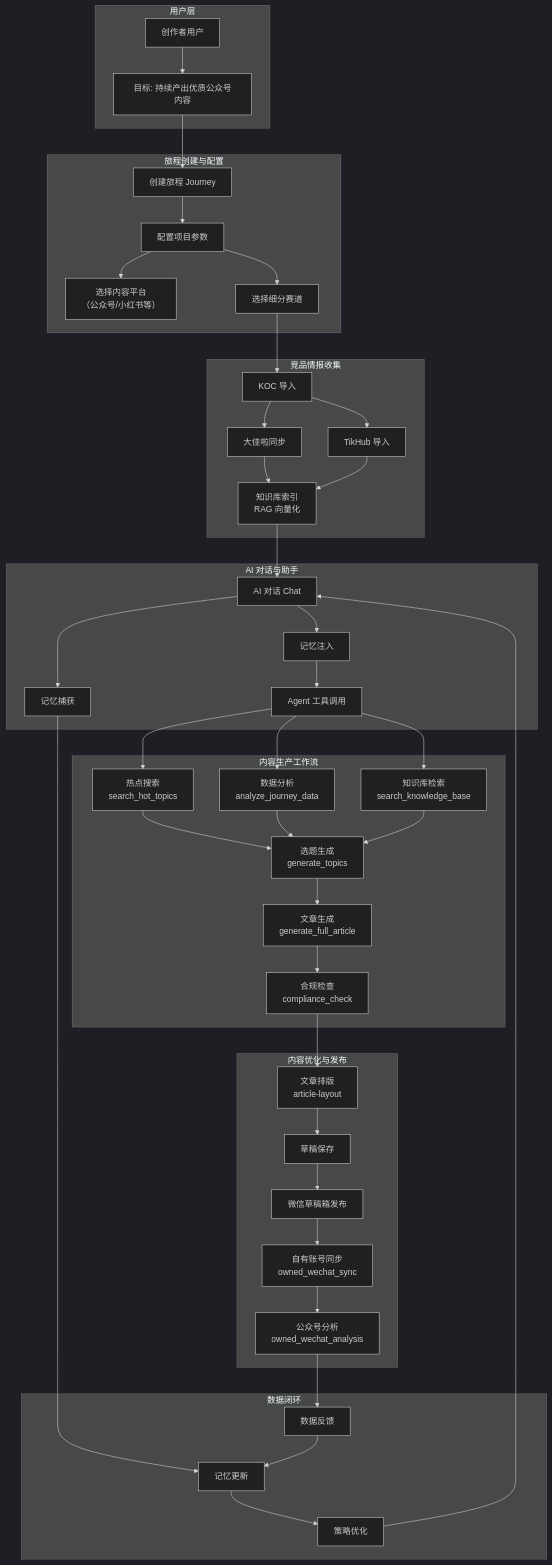
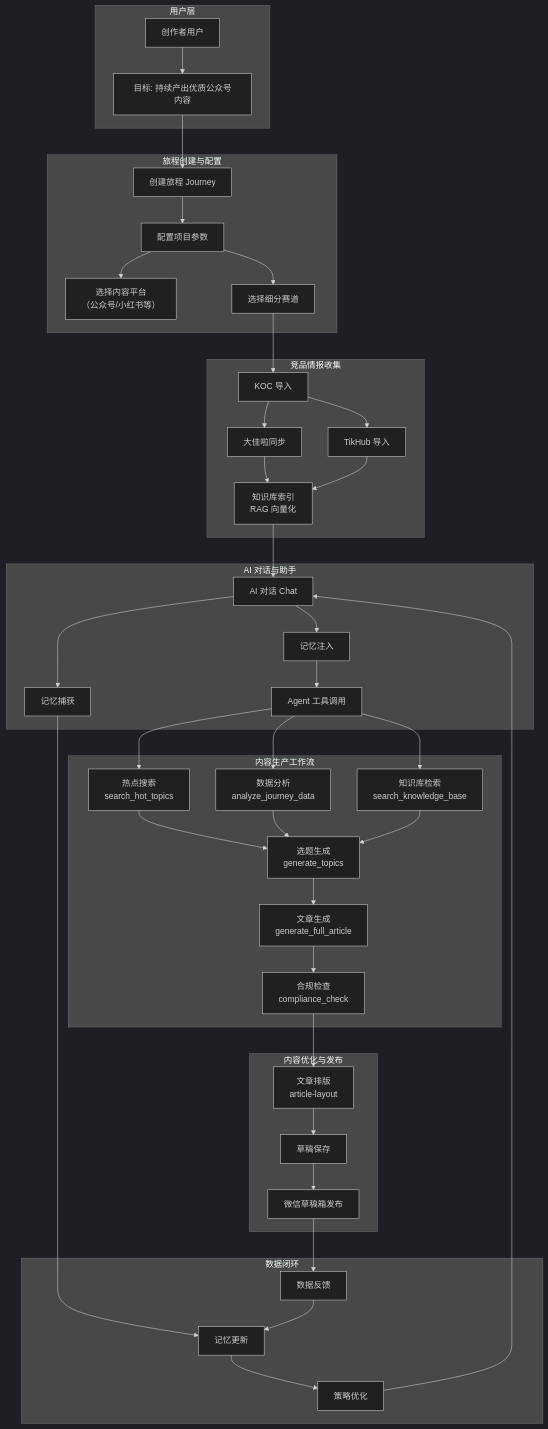
One commit to huangwenxuangod/niche changed the ninth of 11 diagrams in ARCHITECTURE.md. Above: the diagram before and after it, drawn with Mermaid (dark theme). The commit also changed other lines of this file and 20 other files, not shown here.

```diff
--- a/ARCHITECTURE.md
+++ b/ARCHITECTURE.md
@@ -688,8 +681,6 @@
         LAYOUT["文章排版<br/>article-layout"]
         DRAFT_SAVE["草稿保存"]
         WC_PUBLISH["微信草稿箱发布"]
-        DATA_SYNC["自有账号同步<br/>owned_wechat_sync"]
-        ANALYSIS["公众号分析<br/>owned_wechat_analysis"]
     end
 
     subgraph "数据闭环"
@@ -728,10 +719,8 @@
 
     LAYOUT --> DRAFT_SAVE
     DRAFT_SAVE --> WC_PUBLISH
-    WC_PUBLISH --> DATA_SYNC
-    DATA_SYNC --> ANALYSIS
 
-    ANALYSIS --> FEEDBACK
+    WC_PUBLISH --> FEEDBACK
     CHAT --> MEM_CAPTURE
     MEM_CAPTURE --> MEM_UPDATE
     FEEDBACK --> MEM_UPDATE
```
